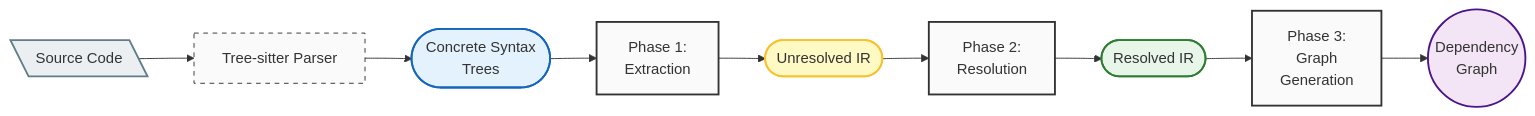
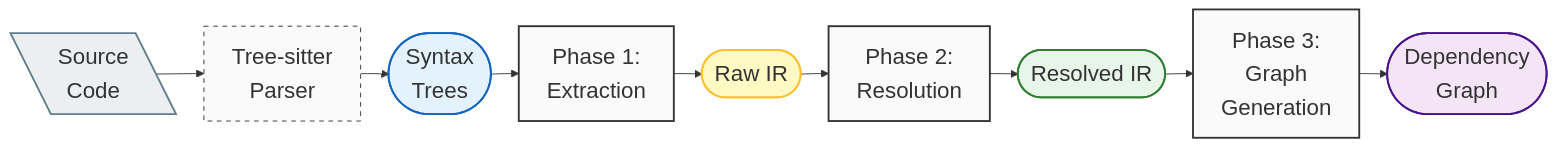
One commit to FerrarioChristian/master-thesis changed the diagram in images/introduction/analysis_pipeline.mmd. Above: the diagram before and after it, drawn with Mermaid. The commit also changed 3 other files, not shown here.

```diff
--- a/images/introduction/analysis_pipeline.mmd
+++ b/images/introduction/analysis_pipeline.mmd
@@ -1,31 +1,37 @@
+%%{init: {
+    'flowchart': {
+    'rankSpacing': 30
+  },
+  'themeVariables': {'fontSize': '24px'}
+}}%%
 flowchart LR
     %% Inputs and Outputs
-    Src[\Source Code\]
-    CST([Concrete Syntax<br/>Trees])
-    IR([Unresolved IR])
+    Src[\Source<br/>Code\]
+    CST([Syntax<br/>Trees])
+    IR([Raw IR])
     ResIR([Resolved IR])
-    Graph((Dependency<br/>Graph))
+    Graph([Dependency<br/>Graph])
 
     %% Processes
-    P0[Tree-sitter Parser]
+    P0[Tree-sitter <br/>Parser]
     P1[Phase 1:<br/>Extraction]
     P2[Phase 2:<br/>Resolution]
     P3[Phase 3:<br/>Graph<br/>Generation]
 
     %% Flow
     Src --> P0 --> CST
     CST --> P1 --> IR
     IR --> P2 --> ResIR
     ResIR --> P3 --> Graph
 
     %% Styling
     style Src fill:#eceff1,stroke:#607d8b,stroke-width:2px
     style CST fill:#e3f2fd,stroke:#1565c0,stroke-width:2px
     style IR fill:#fff9c4,stroke:#fbc02d,stroke-width:2px
     style ResIR fill:#e8f5e9,stroke:#2e7d32,stroke-width:2px
     style Graph fill:#f3e5f5,stroke:#4a148c,stroke-width:2px
     
     style P0 fill:#fafafa,stroke:#333,stroke-width:1px,stroke-dasharray: 5 5
     style P1 fill:#fafafa,stroke:#333,stroke-width:2px
     style P2 fill:#fafafa,stroke:#333,stroke-width:2px
     style P3 fill:#fafafa,stroke:#333,stroke-width:2px
```
